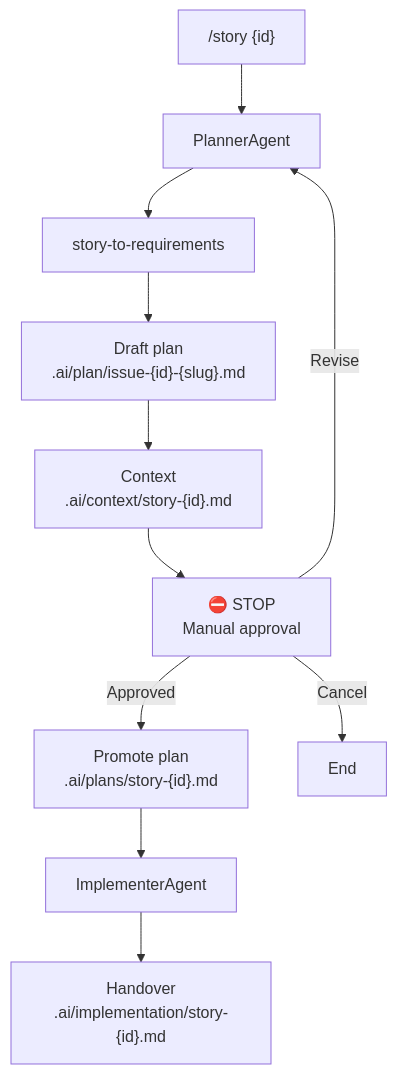
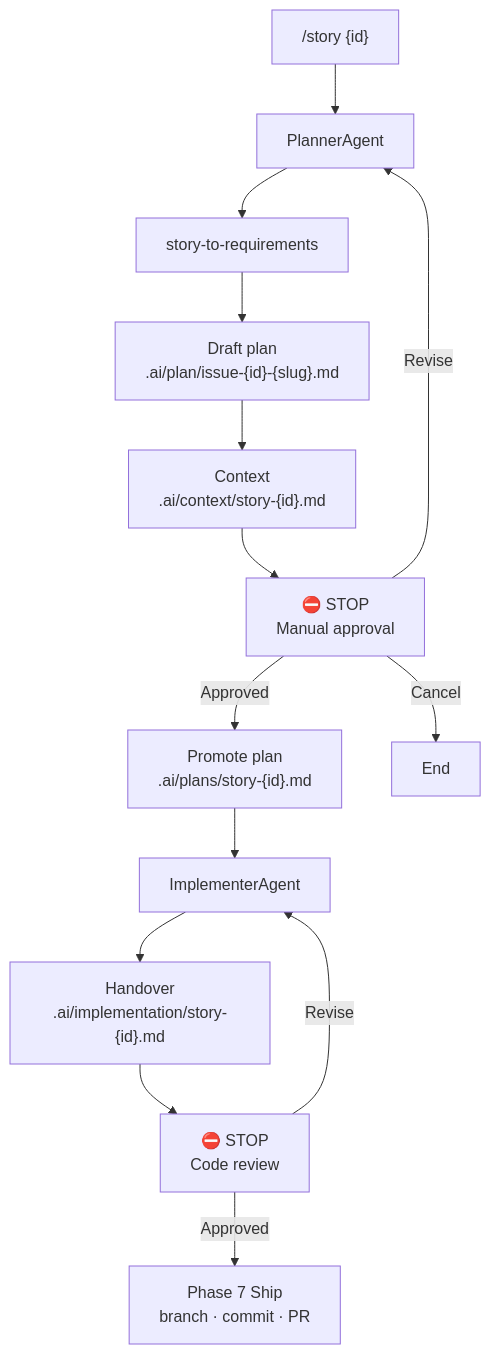
The diagram in .cursor/commands/story.md (AI-warriors-au/roadmap-build), drawn with Mermaid before and after one commit. The commit also changed other lines of this file and 4 other files, not shown here.

First line of the commit message:
[Kanishka/Luciferankon] Extend agent skills for approval comments and post-review ship workflow

````diff
--- a/.cursor/commands/story.md
+++ b/.cursor/commands/story.md
@@ -24,13 +25,16 @@
 ```mermaid
 flowchart TD
   A["/story {id}"] --> B["PlannerAgent"]
   B --> C["story-to-requirements"]
   C --> D["Draft plan<br/>.ai/plan/issue-{id}-{slug}.md"]
   D --> E["Context<br/>.ai/context/story-{id}.md"]
   E --> F["⛔ STOP<br/>Manual approval"]
   F -->|Approved| G["Promote plan<br/>.ai/plans/story-{id}.md"]
   F -->|Revise| B
   F -->|Cancel| H[End]
   G --> I["ImplementerAgent"]
   I --> J["Handover<br/>.ai/implementation/story-{id}.md"]
+  J --> K["⛔ STOP<br/>Code review"]
+  K -->|Approved| L["Phase 7 Ship<br/>branch · commit · PR"]
+  K -->|Revise| I
 ```
````
